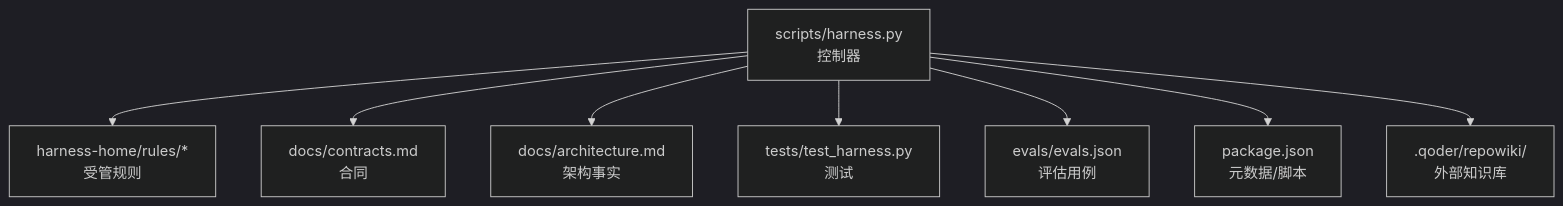
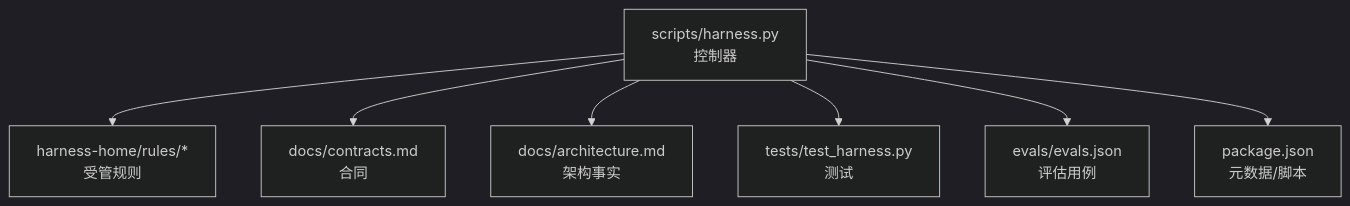
Before and after one commit to HackSing/docs-harness: the first of 7 diagrams in .qoder/repowiki/zh/content/知识管理/知识管理.md, drawn with Mermaid (dark theme). The commit also changed other lines of this file and 40 other files, not shown here.

````diff
--- a/.qoder/repowiki/zh/content/知识管理/知识管理.md
+++ b/.qoder/repowiki/zh/content/知识管理/知识管理.md
@@ -51,10 +45,9 @@
 ```mermaid
 graph TB
 A["scripts/harness.py<br/>控制器"] --> B["harness-home/rules/*<br/>受管规则"]
 A --> C["docs/contracts.md<br/>合同"]
 A --> D["docs/architecture.md<br/>架构事实"]
 A --> E["tests/test_harness.py<br/>测试"]
 A --> F["evals/evals.json<br/>评估用例"]
 A --> G["package.json<br/>元数据/脚本"]
-A --> H[".qoder/repowiki/<br/>外部知识库"]
 ```
````
